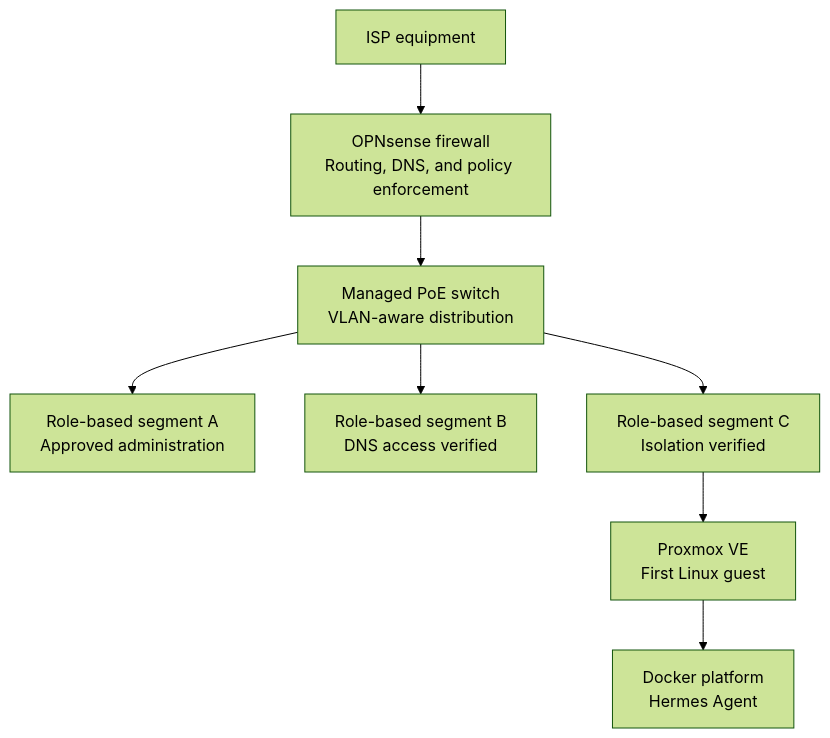
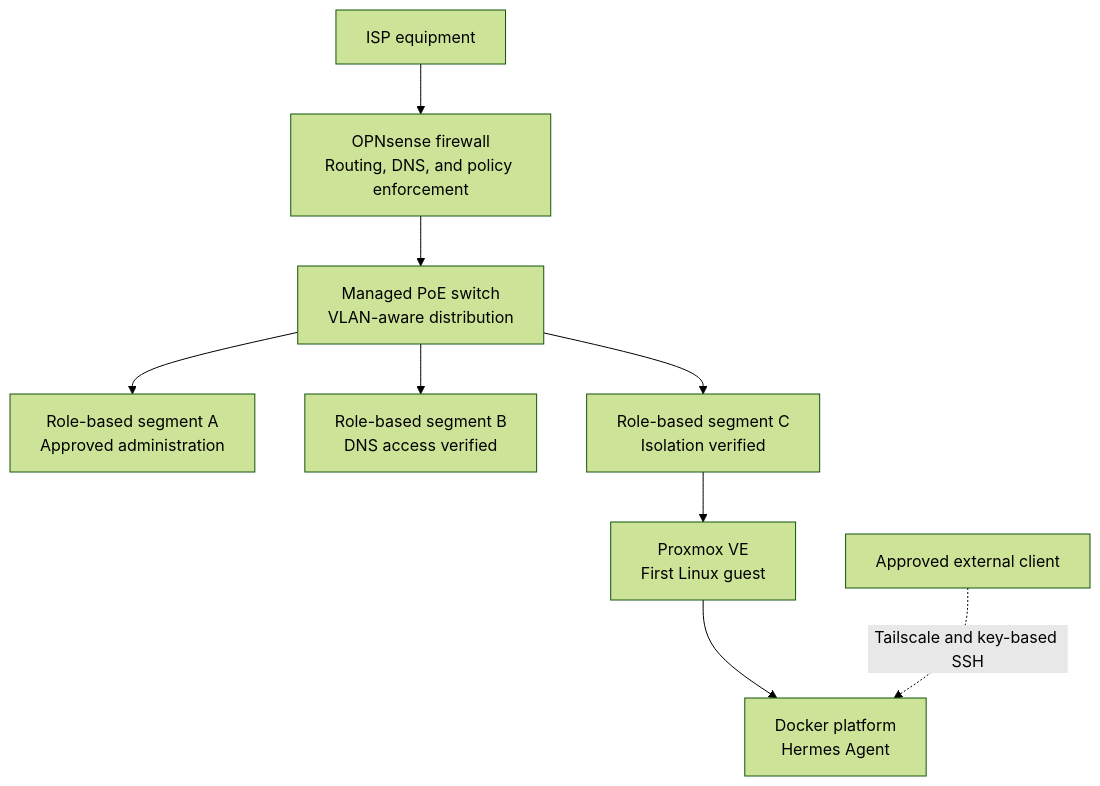
The first of 3 diagrams in docs/architecture.md (DeadPol8789/homelab), drawn with Mermaid (forest theme) before and after one commit. The commit also changed other lines of this file and 9 other files, not shown here.

First line of the commit message:
Document tested Tailscale remote access (#8)

````diff
--- a/docs/architecture.md
+++ b/docs/architecture.md
@@ -19,10 +19,11 @@
 ```mermaid
 flowchart TD
     ISP["ISP equipment"] --> FW["OPNsense firewall<br/>Routing, DNS, and policy enforcement"]
     FW --> SW["Managed PoE switch<br/>VLAN-aware distribution"]
     SW --> SEG_A["Role-based segment A<br/>Approved administration"]
     SW --> SEG_B["Role-based segment B<br/>DNS access verified"]
     SW --> SEG_C["Role-based segment C<br/>Isolation verified"]
     SEG_C --> PVE["Proxmox VE<br/>First Linux guest"]
     PVE --> HERMES["Docker platform<br/>Hermes Agent"]
+    REMOTE["Approved external client"] -. "Tailscale and key-based SSH" .-> HERMES
 ```
````
